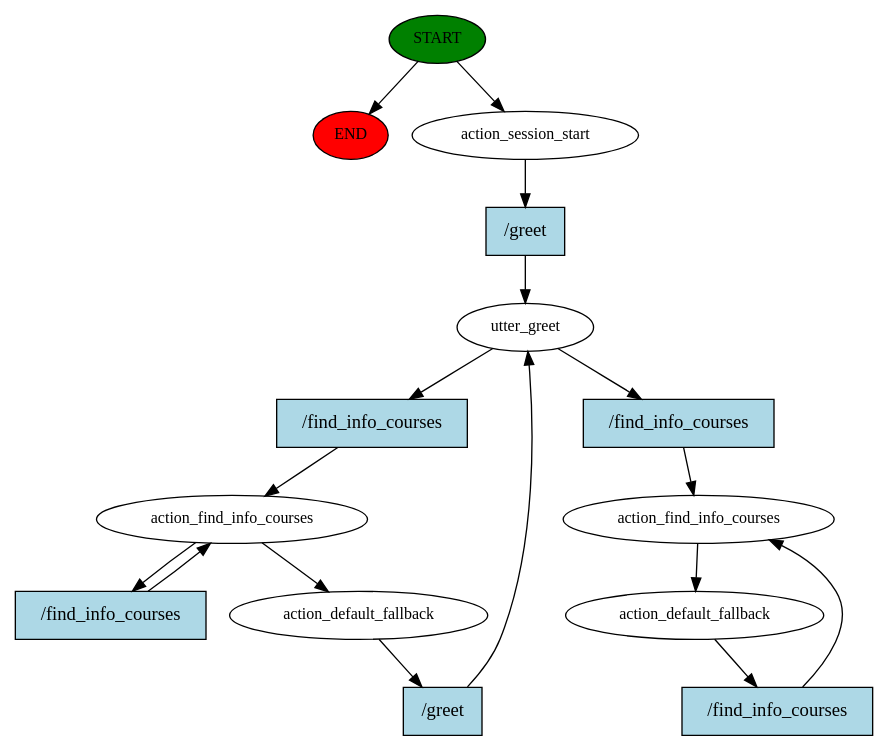
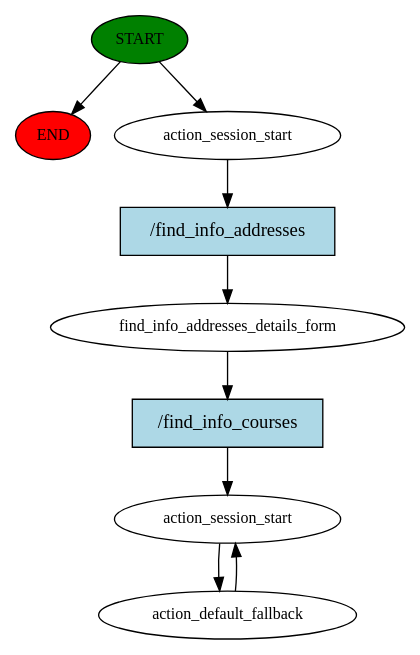
The diagram in story_graph.dot (FedeMiscia/Chatbot-Project), drawn with Graphviz before and after one commit. The commit also changed 639 other files, not shown here.

```diff
--- a/story_graph.dot
+++ b/story_graph.dot
@@ -1,32 +1,18 @@
 digraph  {
 0 [class="start active", fillcolor=green, fontsize=12, label=START, style=filled];
 "-1" [class=end, fillcolor=red, fontsize=12, label=END, style=filled];
 1 [class=active, fontsize=12, label=action_session_start];
-2 [class=active, fontsize=12, label=utter_greet];
-3 [class=active, fontsize=12, label=action_find_info_courses];
-5 [class=active, fontsize=12, label=action_default_fallback];
-7 [class=active, fontsize=12, label=action_find_info_courses];
-8 [class="active dashed", fontsize=12, label=action_default_fallback];
-11 [class="intent active", fillcolor=lightblue, label="/greet", shape=rect, style=filled];
-12 [class="intent active", fillcolor=lightblue, label="/find_info_courses", shape=rect, style=filled];
-13 [class="intent active", fillcolor=lightblue, label="/find_info_courses", shape=rect, style=filled];
-14 [class="intent active", fillcolor=lightblue, label="/find_info_courses", shape=rect, style=filled];
-15 [class="intent active", fillcolor=lightblue, label="/greet", shape=rect, style=filled];
-16 [class="intent active", fillcolor=lightblue, label="/find_info_courses", shape=rect, style=filled];
+2 [class=active, fontsize=12, label=find_info_addresses_details_form];
+3 [class=active, fontsize=12, label=action_session_start];
+4 [class="active dashed", fontsize=12, label=action_default_fallback];
+7 [class="intent active", fillcolor=lightblue, label="/find_info_addresses", shape=rect, style=filled];
+8 [class="intent active", fillcolor=lightblue, label="/find_info_courses", shape=rect, style=filled];
 0 -> "-1"  [class="", key=NONE, label=""];
 0 -> 1  [class=active, key=NONE, label=""];
-1 -> 11  [class=active, key=0];
-2 -> 12  [class=active, key=0];
-2 -> 13  [class=active, key=0];
-3 -> 5  [class=active, key=NONE, label=""];
-3 -> 14  [class=active, key=0];
-5 -> 15  [class=active, key=0];
-7 -> 8  [class=active, key=NONE, label=""];
-8 -> 16  [class=active, key=0];
-11 -> 2  [class=active, key=0];
-12 -> 3  [class=active, key=0];
-13 -> 7  [class=active, key=0];
-14 -> 3  [class=active, key=0];
-15 -> 2  [class=active, key=0];
-16 -> 7  [class=active, key=0];
+1 -> 7  [class=active, key=0];
+2 -> 8  [class=active, key=0];
+3 -> 4  [class=active, key=NONE, label=""];
+4 -> 3  [class=active, key=NONE, label=""];
+7 -> 2  [class=active, key=0];
+8 -> 3  [class=active, key=0];
 }
```
